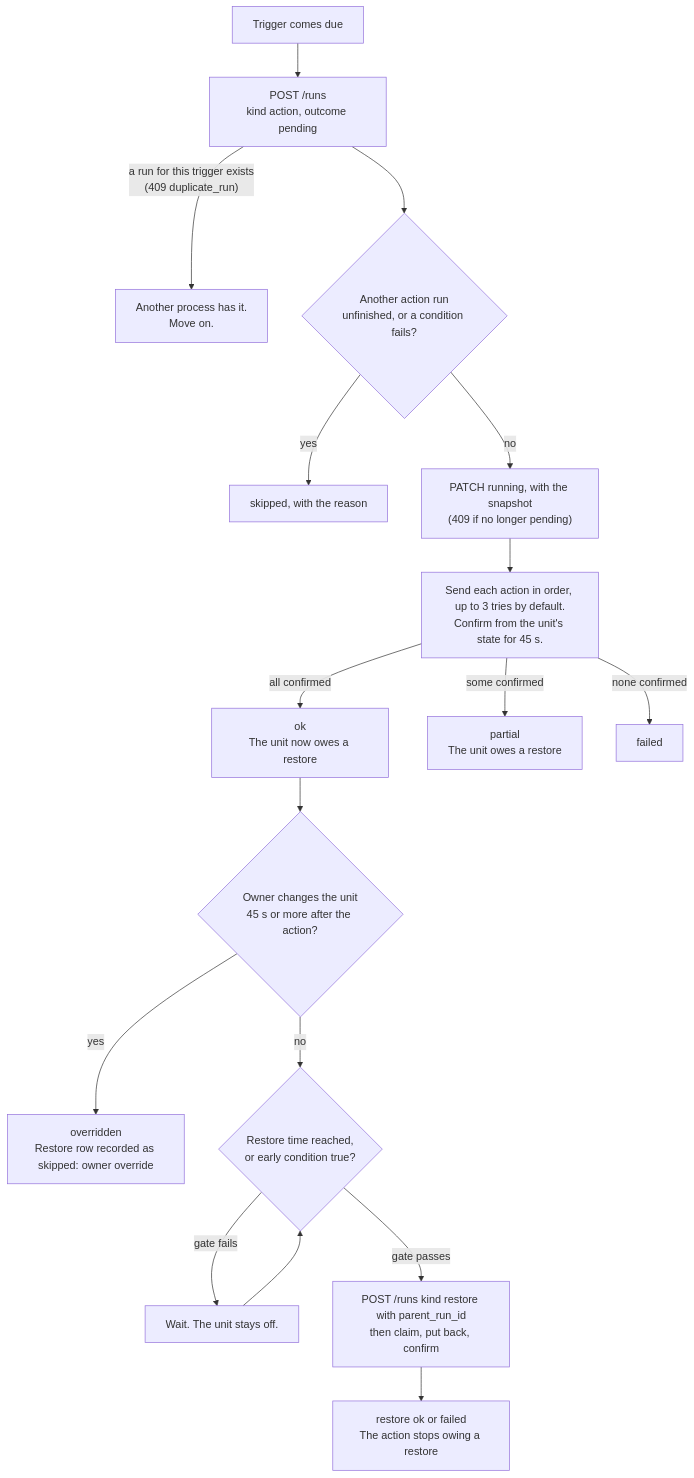
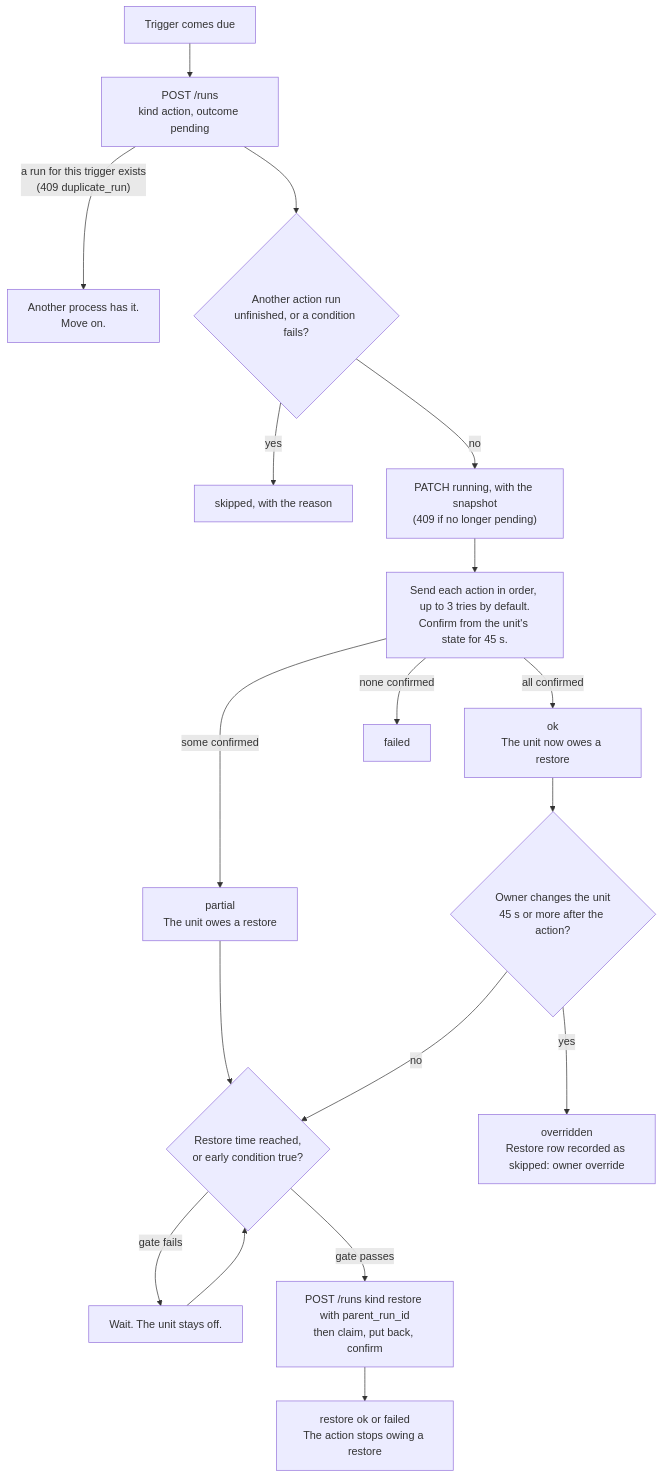
One commit to sschwetz/wattwise changed the first of 2 diagrams in docs/actors.md. Above: the diagram before and after it, drawn with Mermaid. The commit also changed other lines of this file and 6 other files, not shown here.

````diff
--- a/docs/actors.md
+++ b/docs/actors.md
@@ -125,19 +125,20 @@
 ```mermaid
 flowchart TD
     TRIG["Trigger comes due"] --> CREATE["POST /runs<br/>kind action, outcome pending"]
     CREATE -- "a run for this trigger exists<br/>(409 duplicate_run)" --> OTHER["Another process has it.<br/>Move on."]
     CREATE --> CHECK{"Another action run<br/>unfinished, or a condition fails?"}
     CHECK -- yes --> SKIP["skipped, with the reason"]
     CHECK -- no --> CLAIM["PATCH running, with the snapshot<br/>(409 if no longer pending)"]
     CLAIM --> APPLY["Send each action in order, up to 3 tries by default.<br/>Confirm from the unit's state for 45 s."]
     APPLY -- "all confirmed" --> OK["ok<br/>The unit now owes a restore"]
     APPLY -- "some confirmed" --> PART["partial<br/>The unit owes a restore"]
     APPLY -- "none confirmed" --> FAIL["failed"]
+    PART --> DUE
     OK --> OWNER{"Owner changes the unit<br/>45 s or more after the action?"}
     OWNER -- yes --> OVER["overridden<br/>Restore row recorded as skipped: owner override"]
     OWNER -- no --> DUE{"Restore time reached,<br/>or early condition true?"}
     DUE -- "gate fails" --> WAIT["Wait. The unit stays off."]
     WAIT --> DUE
     DUE -- "gate passes" --> RESTORE["POST /runs kind restore with parent_run_id<br/>then claim, put back, confirm"]
     RESTORE --> DONE["restore ok or failed<br/>The action stops owing a restore"]
 ```
````
